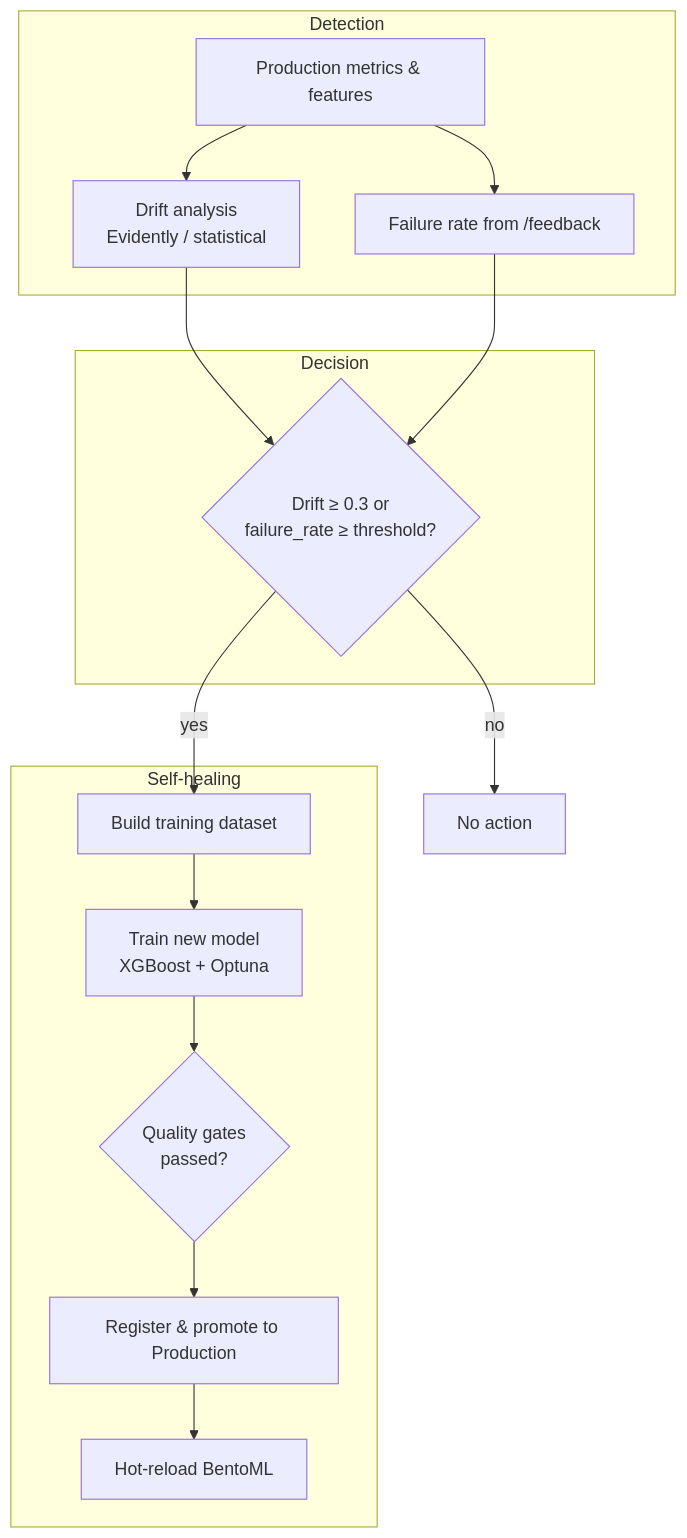
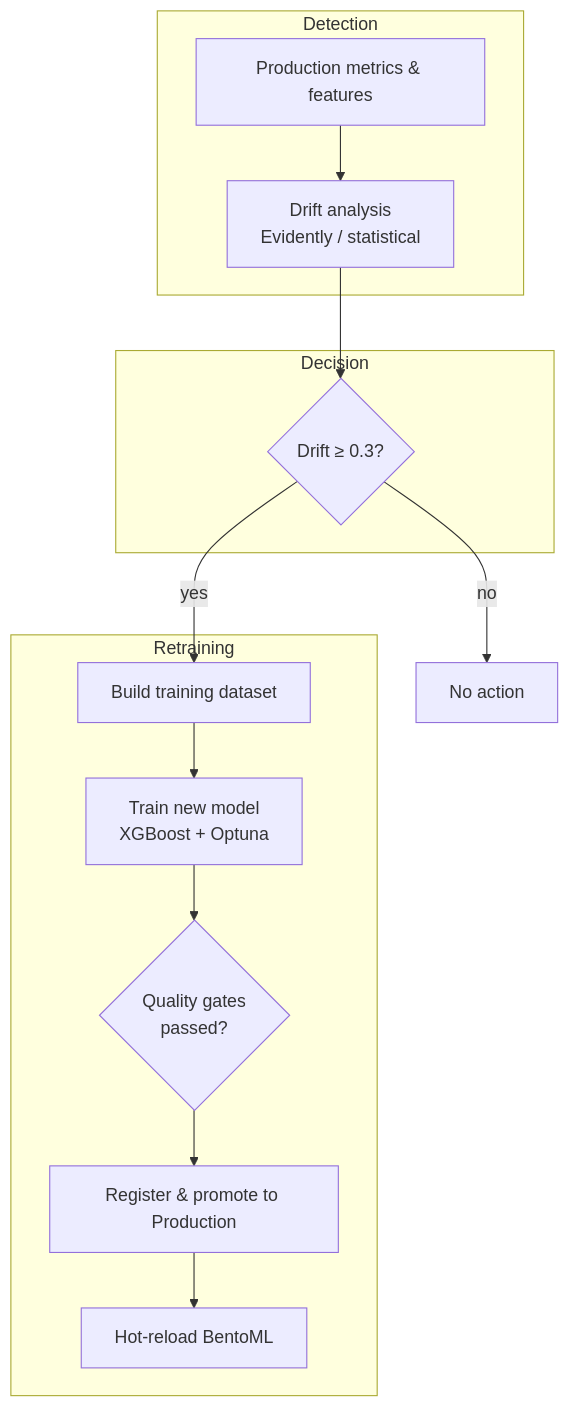
One commit to w4zir/ibook_mlops changed the fourth of 4 diagrams in docs/tech_blog_self_healing_fraud_mlops.md. Above: the diagram before and after it, drawn with Mermaid. The commit also changed other lines of this file and 21 other files, not shown here.

````diff
--- a/docs/tech_blog_self_healing_fraud_mlops.md
+++ b/docs/tech_blog_self_healing_fraud_mlops.md
@@ -239,28 +239,25 @@
 ```mermaid
 flowchart TB
     subgraph detect["Detection"]
         A[Production metrics & features]
         B[Drift analysis<br/>Evidently / statistical]
-        C[Failure rate from /feedback]
         A --> B
-        A --> C
     end
 
     subgraph decide["Decision"]
-        D{Drift ≥ 0.3 or<br/>failure_rate ≥ threshold?}
+        D{Drift ≥ 0.3?}
     end
 
-    subgraph heal["Self‑healing"]
+    subgraph retrain["Retraining"]
         E[Build training dataset]
         F[Train new model<br/>XGBoost + Optuna]
         G{Quality gates<br/>passed?}
         H[Register & promote to Production]
         I[Hot‑reload BentoML]
         E --> F --> G --> H --> I
     end
 
     B --> D
-    C --> D
     D -->|yes| E
     D -->|no| N[No action]
 ```
````
